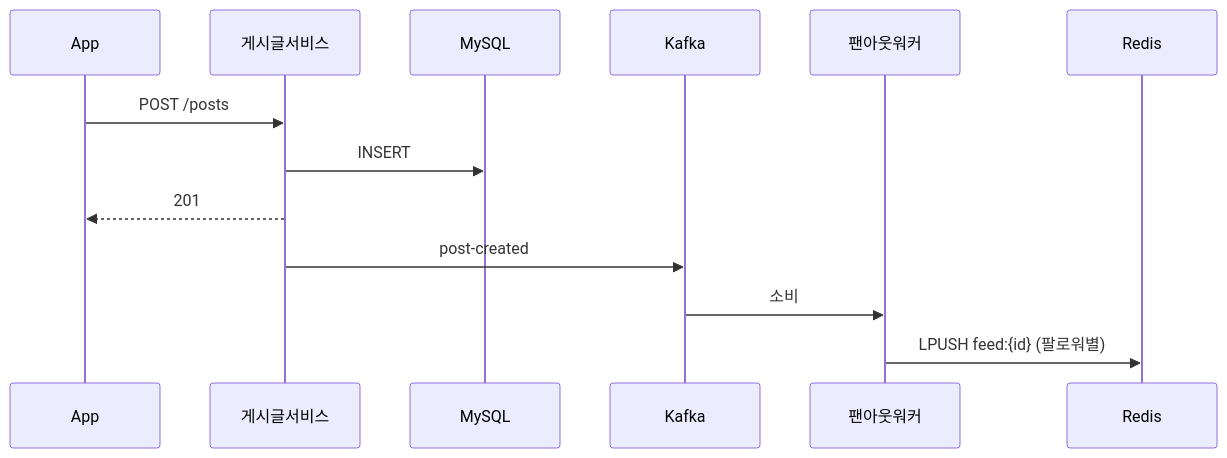
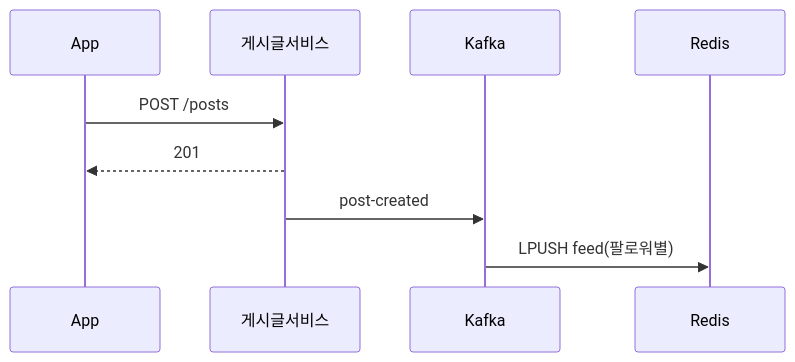
Before and after one commit to yjkim2015/yjkim2015.github.io: the fifth of 6 diagrams in _posts/systemdesign/2026-05-02-system-design-newsfeed.md, drawn with Mermaid. The commit also changed 155 other files, not shown here.

First line of the commit message:
Mermaid 전면 수정: subgraph 제거, participant/노드/줄수 축소 (342블록)

````diff
--- a/_posts/systemdesign/2026-05-02-system-design-newsfeed.md
+++ b/_posts/systemdesign/2026-05-02-system-design-newsfeed.md
@@ -124,15 +124,11 @@
 ```mermaid
 sequenceDiagram
     participant App
     participant Svc as 게시글서비스
-    participant DB as MySQL
     participant K as Kafka
-    participant W as 팬아웃워커
     participant C as Redis
     App->>Svc: POST /posts
-    Svc->>DB: INSERT
     Svc-->>App: 201
     Svc->>K: post-created
-    K->>W: 소비
-    W->>C: LPUSH feed:{id} (팔로워별)
+    K->>C: LPUSH feed(팔로워별)
 ```
````
